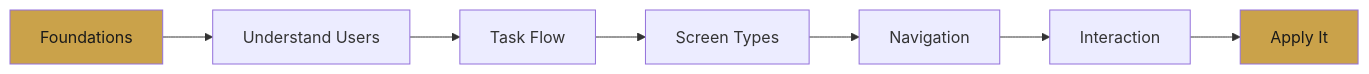
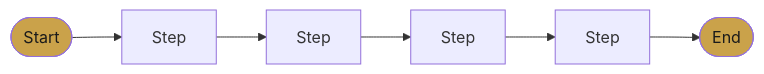
Before and after one commit to NikanEidi/UIX-by-Nik: the third of 4 diagrams in README.md, drawn with Mermaid. The commit also changed other lines of this file and 1 other file, not shown here.

````diff
--- a/README.md
+++ b/README.md
@@ -18,11 +54,6 @@
 ```mermaid
 flowchart LR
-    A[Foundations] --> B[Understand Users]
-    B --> C[Task Flow]
-    C --> D[Screen Types]
-    D --> E[Navigation]
-    E --> F[Interaction]
-    F --> G[Apply It]
-    style A fill:#caa24a,color:#1a1a1a
-    style G fill:#caa24a,color:#1a1a1a
+    S([Start]) --> A[Step] --> B[Step] --> C[Step] --> D[Step] --> E([End])
+    style S fill:#caa24a,color:#1a1a1a
+    style E fill:#caa24a,color:#1a1a1a
 ```
````
